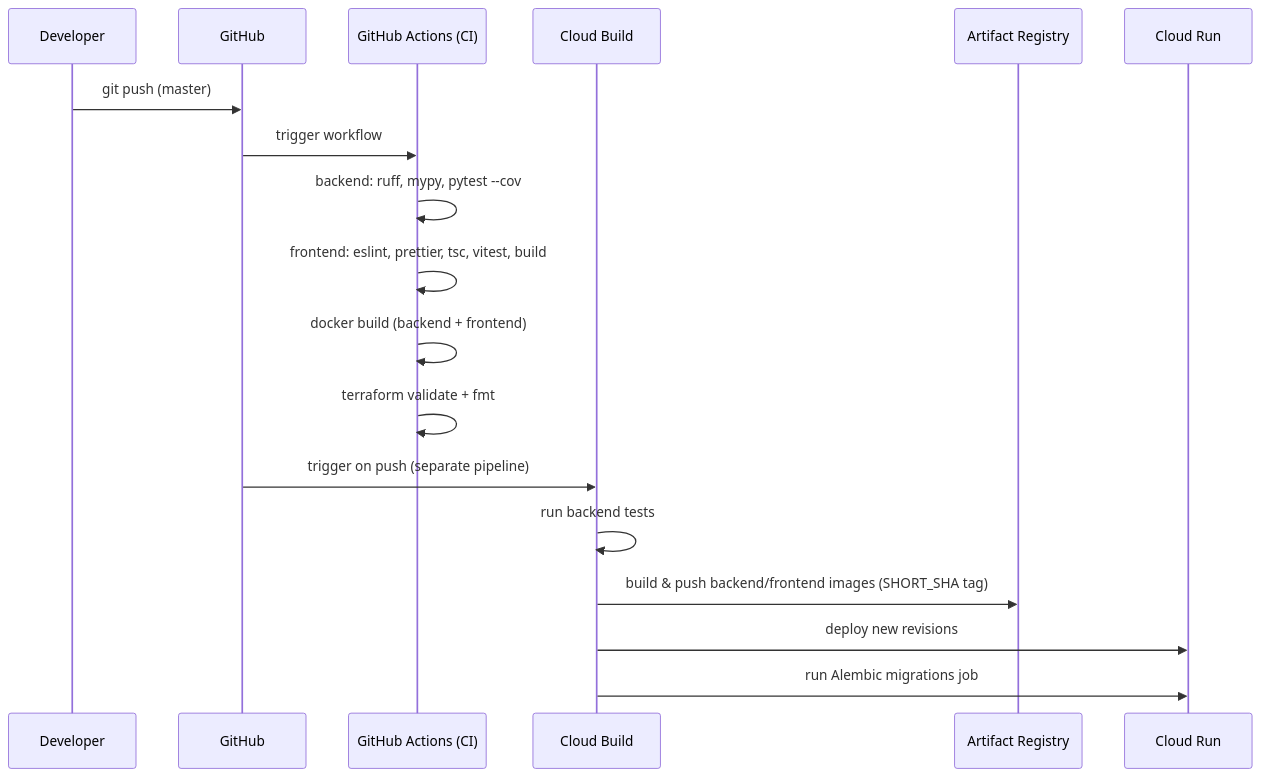
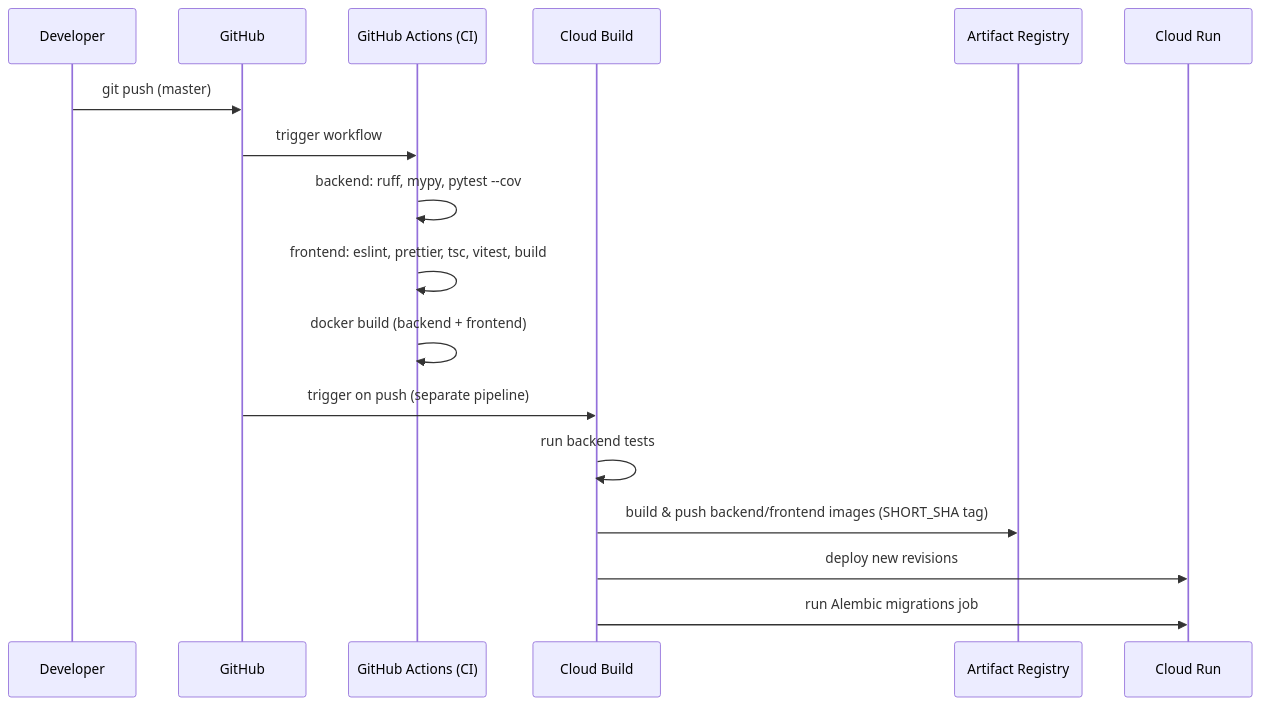
The fourth of 4 diagrams in docs/ARCHITECTURE.md (falken20/falken_shows), drawn with Mermaid before and after one commit. The commit also changed other lines of this file and 22 other files, not shown here.

Commit message:
Refactor GCP infrastructure management: remove Terraform files, update documentation for GCP Console deployment, and adjust CI/CD workflows accordingly. Enhance security review processes and update architectural documentation to reflect changes.

````diff
--- a/docs/ARCHITECTURE.md
+++ b/docs/ARCHITECTURE.md
@@ -100,21 +96,20 @@
 ```mermaid
 sequenceDiagram
     participant Dev as Developer
     participant GH as GitHub
     participant CI as GitHub Actions (CI)
     participant CB as Cloud Build
     participant AR as Artifact Registry
     participant CR as Cloud Run
 
     Dev->>GH: git push (master)
     GH->>CI: trigger workflow
     CI->>CI: backend: ruff, mypy, pytest --cov
     CI->>CI: frontend: eslint, prettier, tsc, vitest, build
     CI->>CI: docker build (backend + frontend)
-    CI->>CI: terraform validate + fmt
     GH->>CB: trigger on push (separate pipeline)
     CB->>CB: run backend tests
     CB->>AR: build & push backend/frontend images (SHORT_SHA tag)
     CB->>CR: deploy new revisions
     CB->>CR: run Alembic migrations job
 ```
````
